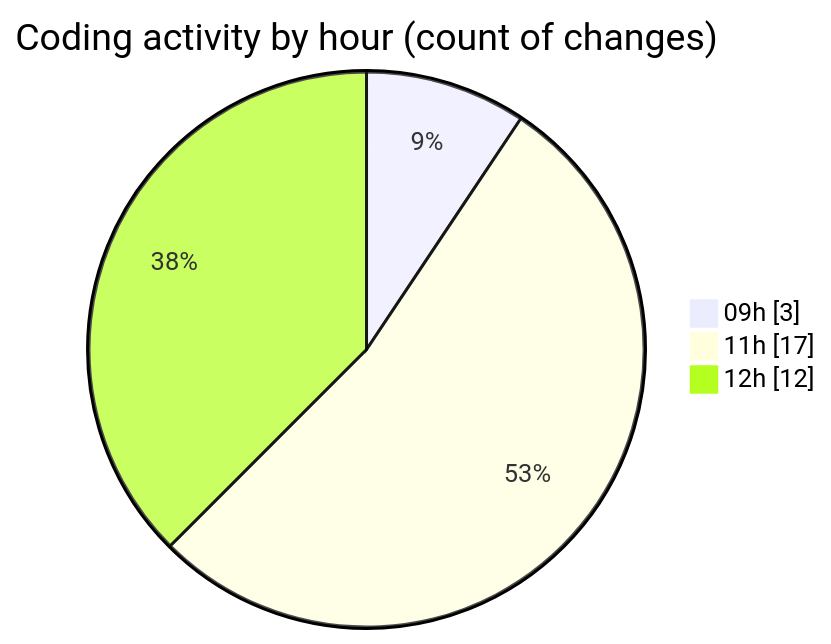
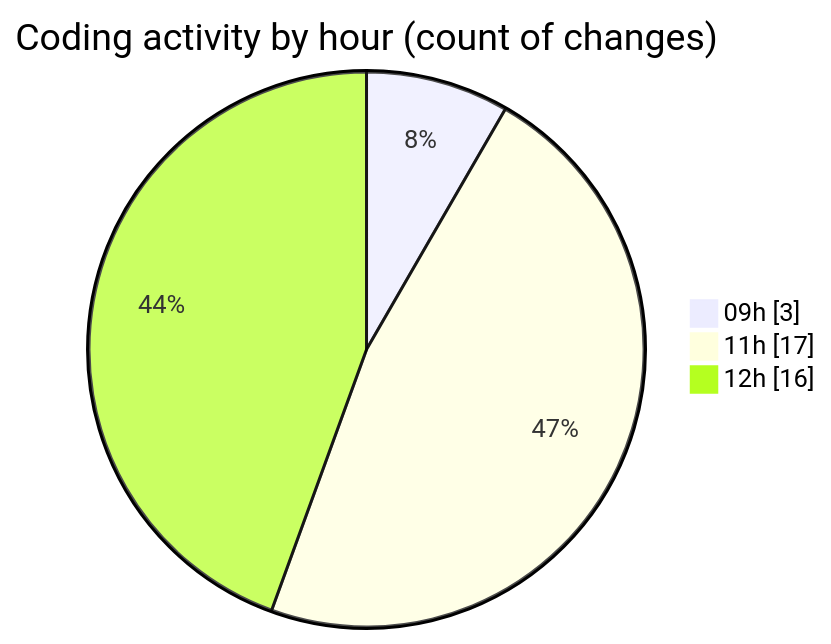
The second of 2 diagrams in 2025-10-15/eventscop-api-guide__workspace_/README.md (julien-gomy/code-tracking), drawn with Mermaid before and after one commit. The commit also changed other lines of this file and 1 other file, not shown here.

````diff
--- a/2025-10-15/eventscop-api-guide__workspace_/README.md
+++ b/2025-10-15/eventscop-api-guide__workspace_/README.md
@@ -32,7 +32,7 @@
 ```mermaid
 pie showData
 title Coding activity by hour (count of changes)
 "09h" : 3
 "11h" : 17
-"12h" : 12
+"12h" : 16
 ```
````
